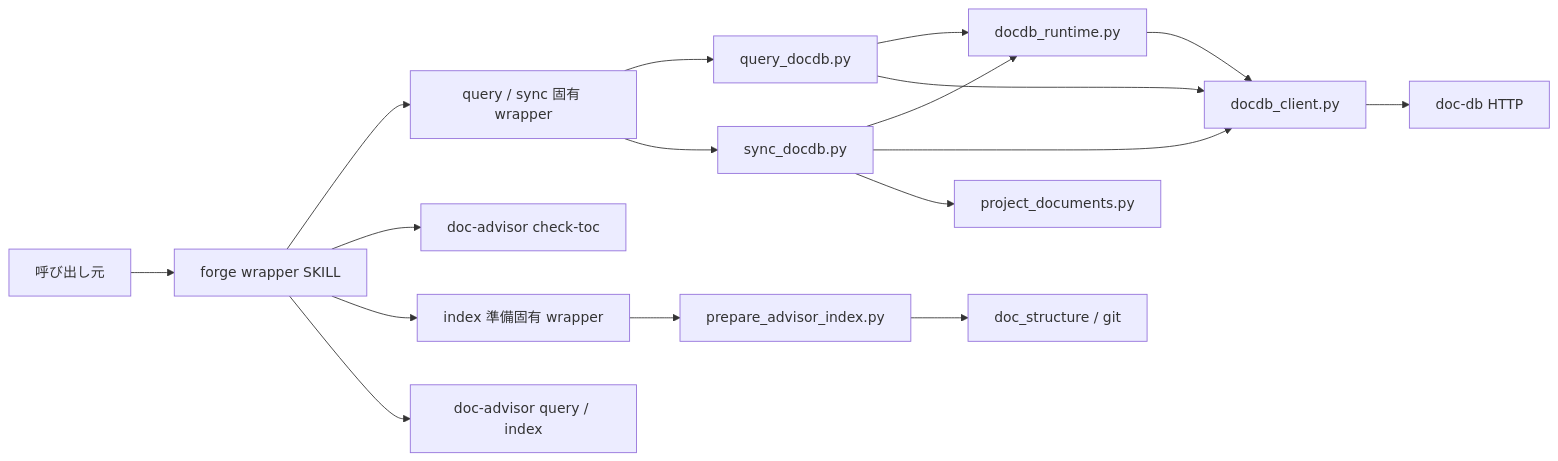
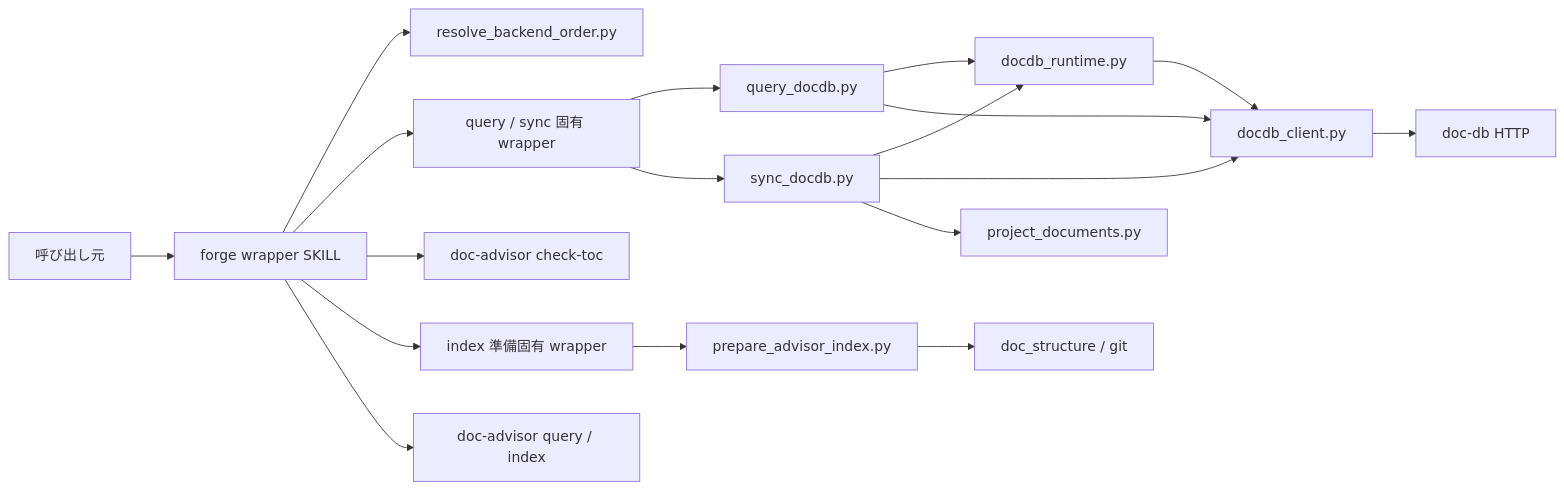
Before and after one commit to BlueEventHorizon/bw-cc-plugins: the first of 3 diagrams in docs/specs/doc-db/design/DES-057_doc_db_backend_selection_design.md, drawn with Mermaid. The commit also changed other lines of this file and 9 other files, not shown here.

````diff
--- a/docs/specs/doc-db/design/DES-057_doc_db_backend_selection_design.md
+++ b/docs/specs/doc-db/design/DES-057_doc_db_backend_selection_design.md
@@ -170,34 +181,36 @@
 ```mermaid
 flowchart LR
     Caller[呼び出し元]
     Skill[forge wrapper SKILL]
     QueryWrapper[query / sync 固有 wrapper]
     AdvisorWrapper[index 準備固有 wrapper]
+    Resolve[resolve_backend_order.py]
     Query[query_docdb.py]
     Sync[sync_docdb.py]
     Runtime[docdb_runtime.py]
     Client[docdb_client.py]
     Docs[project_documents.py]
     Prepare[prepare_advisor_index.py]
     DocDB[doc-db HTTP]
     CheckToc[doc-advisor check-toc]
     Advisor[doc-advisor query / index]
     Config[doc_structure / git]
 
     Caller --> Skill
+    Skill --> Resolve
     Skill --> QueryWrapper
     QueryWrapper --> Query
     QueryWrapper --> Sync
     Query --> Runtime
     Query --> Client
     Sync --> Runtime
     Sync --> Client
     Sync --> Docs
     Runtime --> Client
     Client --> DocDB
     Skill --> CheckToc
     Skill --> AdvisorWrapper
     AdvisorWrapper --> Prepare
     Prepare --> Config
     Skill --> Advisor
 ```
````
